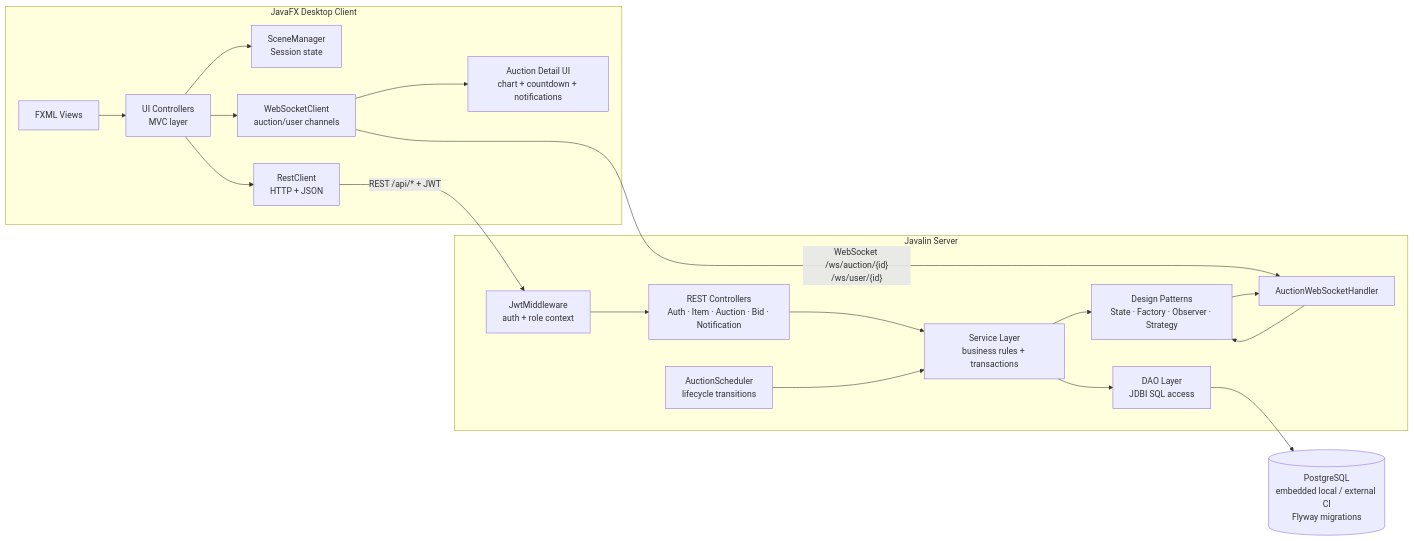
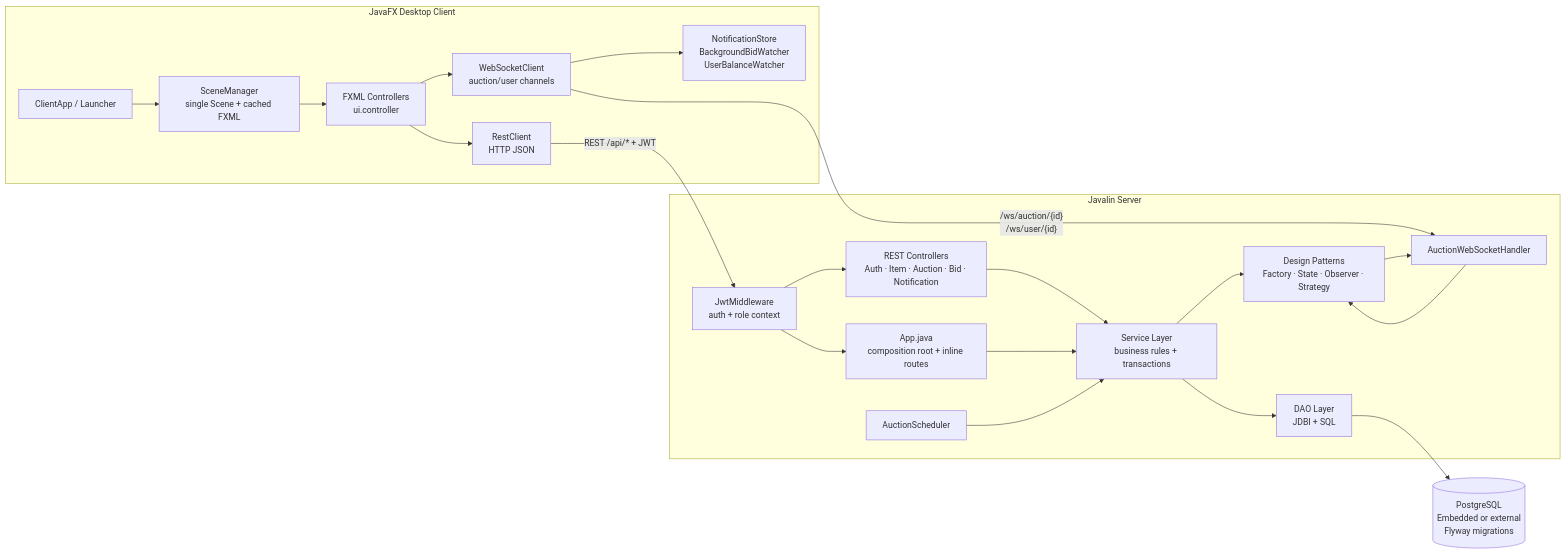
Before and after one commit to kieran-labs/oop-course-project-uet: the first of 7 diagrams in README.md, drawn with Mermaid. The commit also changed other lines of this file, not shown here.

Commit message:
docs: reconcile UML diagrams with source code

````diff
--- a/README.md
+++ b/README.md
@@ -142,40 +140,43 @@
 ```mermaid
 flowchart LR
     subgraph Client["JavaFX Desktop Client"]
-        FXML["FXML Views"]
-        UI["UI Controllers<br/>MVC layer"]
-        Scene["SceneManager<br/>Session state"]
-        Rest["RestClient<br/>HTTP + JSON"]
-        WsClient["WebSocketClient<br/>auction/user channels"]
-        LiveUI["Auction Detail UI<br/>chart + countdown + notifications"]
+        ClientApp["ClientApp / Launcher"]
+        SceneManager["SceneManager<br/>single Scene + cached FXML"]
+        Controllers["FXML Controllers<br/>ui.controller"]
+        RestClient["RestClient<br/>HTTP JSON"]
+        WebSocketClient["WebSocketClient<br/>auction/user channels"]
+        ClientStore["NotificationStore<br/>BackgroundBidWatcher<br/>UserBalanceWatcher"]
 
-        FXML --> UI
-        UI --> Scene
-        UI --> Rest
-        UI --> WsClient
-        WsClient --> LiveUI
+        ClientApp --> SceneManager
+        SceneManager --> Controllers
+        Controllers --> RestClient
+        Controllers --> WebSocketClient
+        WebSocketClient --> ClientStore
     end
 
     subgraph Server["Javalin Server"]
-        Jwt["JwtMiddleware<br/>auth + role context"]
-        Controllers["REST Controllers<br/>Auth · Item · Auction · Bid · Notification"]
+        App["App.java<br/>composition root + inline routes"]
+        JwtMiddleware["JwtMiddleware<br/>auth + role context"]
+        RestControllers["REST Controllers<br/>Auth · Item · Auction · Bid · Notification"]
         WsHandler["AuctionWebSocketHandler"]
         Services["Service Layer<br/>business rules + transactions"]
-        Patterns["Design Patterns<br/>State · Factory · Observer · Strategy"]
-        Scheduler["AuctionScheduler<br/>lifecycle transitions"]
-        DAO["DAO Layer<br/>JDBI SQL access"]
+        Patterns["Design Patterns<br/>Factory · State · Observer · Strategy"]
+        Scheduler["AuctionScheduler"]
+        DAO["DAO Layer<br/>JDBI + SQL"]
     end
 
-    DB[("PostgreSQL<br/>embedded local / external CI<br/>Flyway migrations")]
+    DB[("PostgreSQL<br/>Embedded or external<br/>Flyway migrations")]
 
-    Rest -- "REST /api/* + JWT" --> Jwt
-    Jwt --> Controllers
-    Controllers --> Services
-    WsClient -- "WebSocket /ws/auction/{id}<br/>/ws/user/{id}" --> WsHandler
+    RestClient -- "REST /api/* + JWT" --> JwtMiddleware
+    JwtMiddleware --> RestControllers
+    JwtMiddleware --> App
+    RestControllers --> Services
+    App --> Services
+    WebSocketClient -- "/ws/auction/{id}<br/>/ws/user/{id}" --> WsHandler
     Services --> Patterns
     Services --> DAO
     Scheduler --> Services
     WsHandler --> Patterns
     Patterns --> WsHandler
     DAO --> DB
 ```
````
